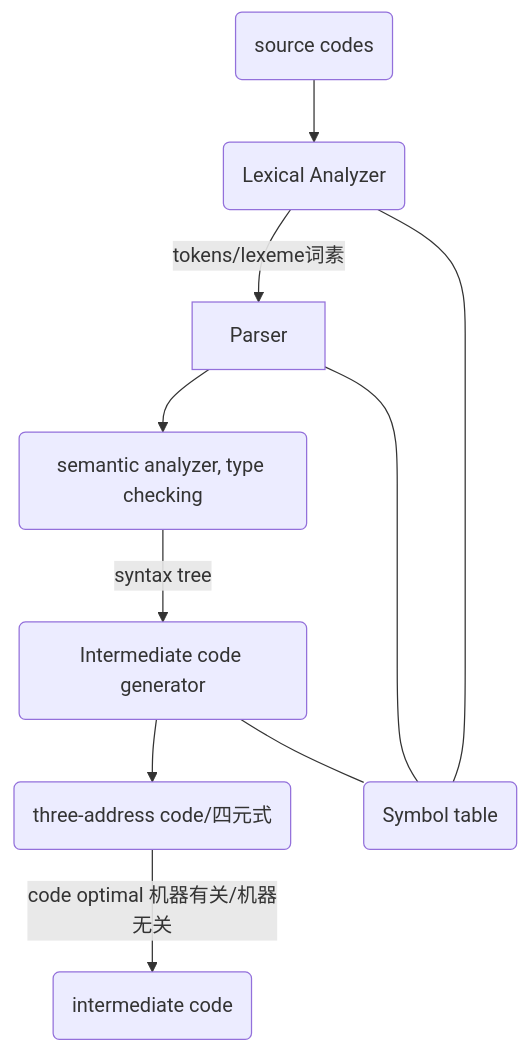
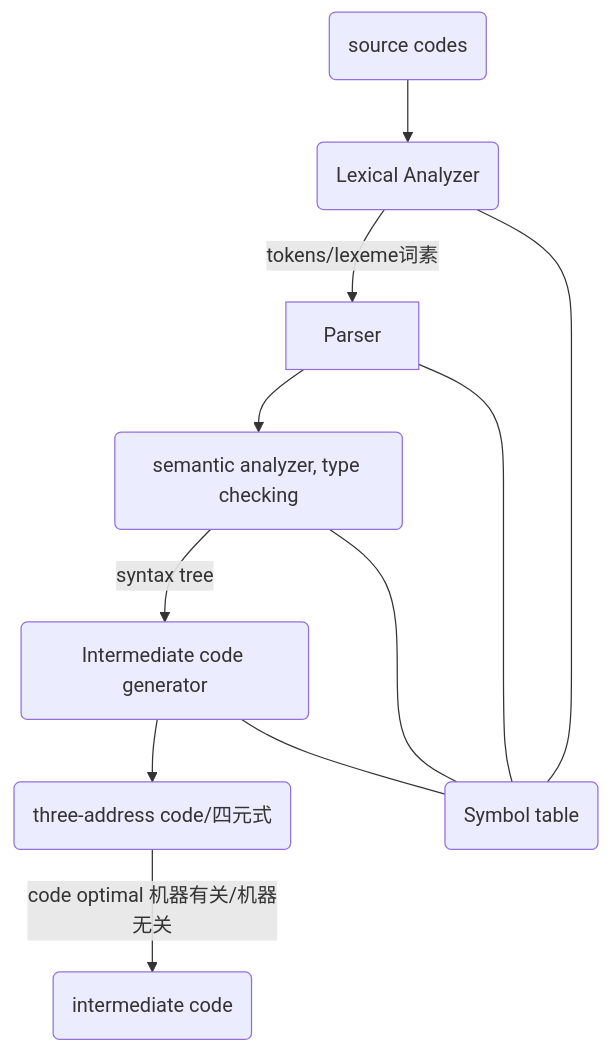
The second of 2 diagrams in 编译原理学习笔记.md (DCMMC/Notes), drawn with Mermaid before and after one commit.

Commit message:
修改文件: 编译原理学习笔记.md

````diff
--- a/编译原理学习笔记.md
+++ b/编译原理学习笔记.md
@@ -60,12 +60,13 @@
 ```mermaid!
 graph TD;
 	id0(source codes)-->id1(Lexical Analyzer);
 	id1(Lexical Analyzer)-- tokens/lexeme词素 -->Parser;
 	Parser-->id6(semantic analyzer, type checking);
 	id6-- syntax tree -->id2(Intermediate code generator);
 	id2--> id3(three-address code/四元式);
 	id1---id4(Symbol table);
 	Parser---id4;
 	id2---id4;
+	id6---id4
 	id3-- code optimal 机器有关/机器无关 --> id5(intermediate code);
 ```
````
